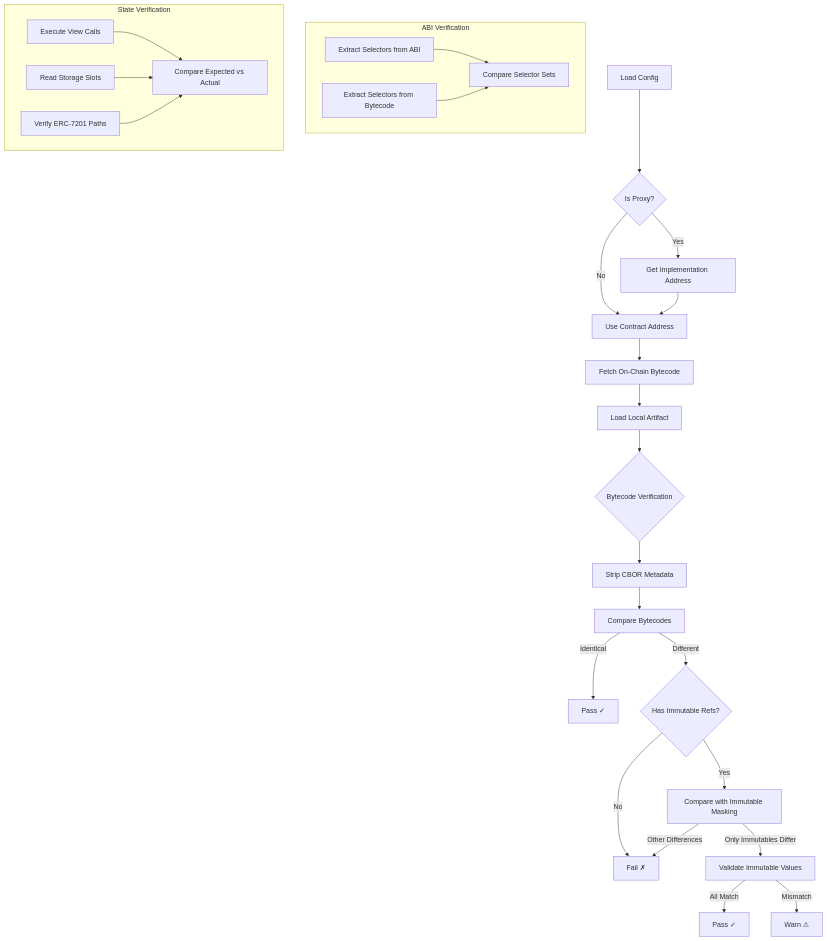
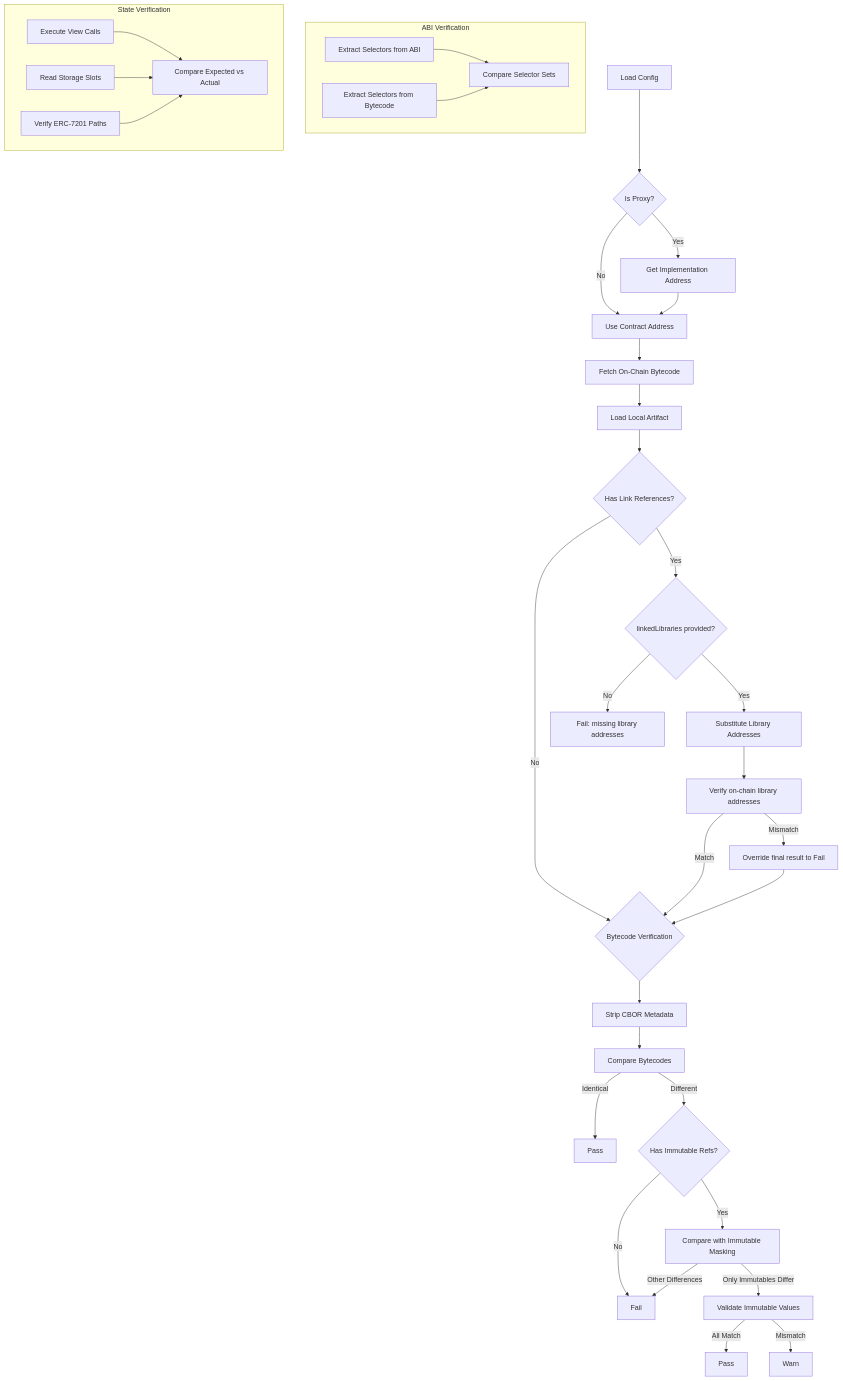
Before and after one commit to Consensys/linea-monorepo: the diagram in contracts/integrity-verifier/ARCHITECTURE.md, drawn with Mermaid. The commit also changed other lines of this file and 14 other files, not shown here.

First line of the commit message:
[Feat] - Support linked libraries (#2463)

````diff
--- a/contracts/integrity-verifier/ARCHITECTURE.md
+++ b/contracts/integrity-verifier/ARCHITECTURE.md
@@ -108,41 +109,50 @@
 ```mermaid
 flowchart TD
     A[Load Config] --> B{Is Proxy?}
     B -->|Yes| C[Get Implementation Address]
     B -->|No| D[Use Contract Address]
     C --> D
     
     D --> E[Fetch On-Chain Bytecode]
     E --> F[Load Local Artifact]
     
-    F --> G{Bytecode Verification}
-    G --> H[Strip CBOR Metadata]
+    F --> F2{Has Link References?}
+    F2 -->|Yes| F3{linkedLibraries provided?}
+    F2 -->|No| G
+    F3 -->|Yes| F4[Substitute Library Addresses]
+    F3 -->|No| F5["Fail: missing library addresses"]
+    F4 --> F6["Verify on-chain library addresses"]
+    F6 -->|Match| G
+    F6 -->|Mismatch| F7["Override final result to Fail"]
+    F7 --> G
+    
+    G{Bytecode Verification} --> H[Strip CBOR Metadata]
     H --> I[Compare Bytecodes]
-    I -->|Identical| J[Pass ✓]
+    I -->|Identical| J[Pass]
     I -->|Different| K{Has Immutable Refs?}
     
     K -->|Yes| L[Compare with Immutable Masking]
-    K -->|No| M[Fail ✗]
+    K -->|No| M[Fail]
     
     L -->|Only Immutables Differ| N[Validate Immutable Values]
     L -->|Other Differences| M
     
-    N -->|All Match| O[Pass ✓]
-    N -->|Mismatch| P[Warn ⚠]
+    N -->|All Match| O[Pass]
+    N -->|Mismatch| P[Warn]
     
-    subgraph "ABI Verification"
+    subgraph abiVerif [ABI Verification]
         Q[Extract Selectors from ABI]
         R[Extract Selectors from Bytecode]
         Q --> S[Compare Selector Sets]
         R --> S
     end
     
-    subgraph "State Verification"
+    subgraph stateVerif [State Verification]
         T[Execute View Calls]
         U[Read Storage Slots]
-        V[Verify ERC-7201 Paths]
+        V["Verify ERC-7201 Paths"]
         T --> W[Compare Expected vs Actual]
         U --> W
         V --> W
     end
 ```
````
